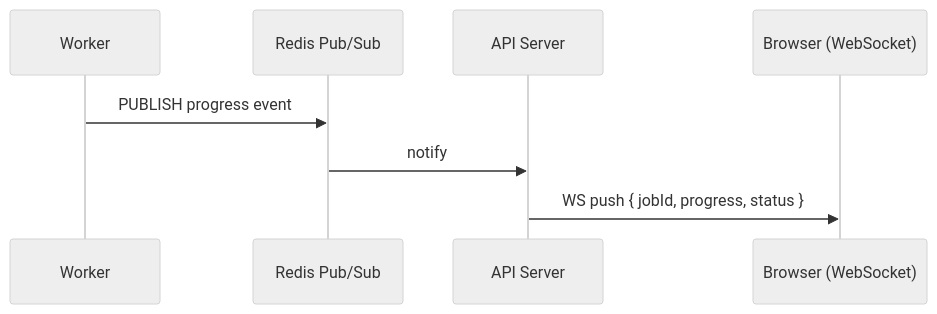
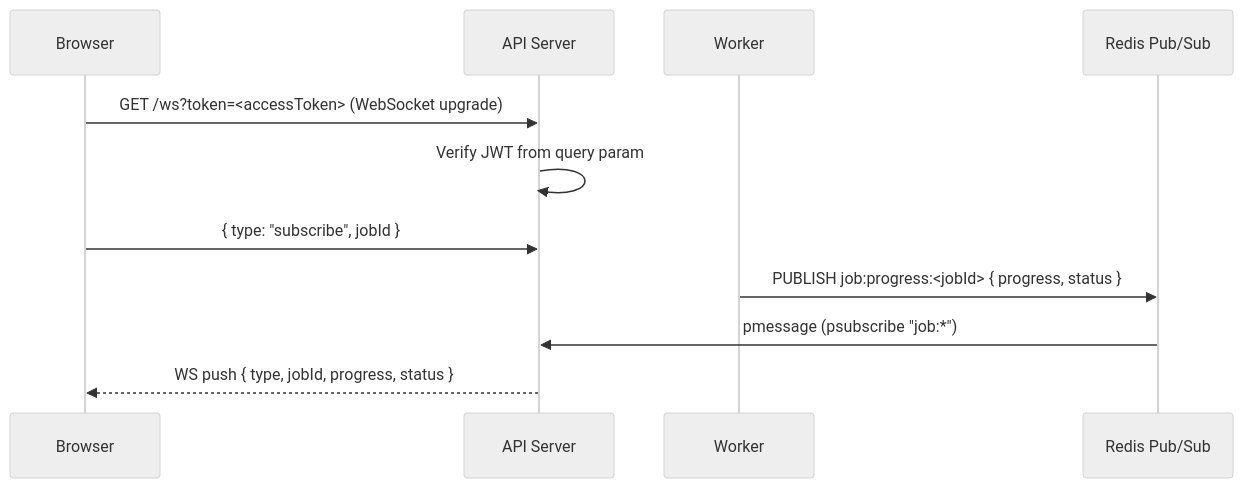
The seventh of 10 diagrams in docs/architecture.md (vietlvq2609/file-processing-platform), drawn with Mermaid (neutral theme) before and after one commit. The commit also changed other lines of this file and 2 other files, not shown here.

Commit message:
feat: update job status terminology and enhance documentation for presigned uploads

````diff
--- a/docs/architecture.md
+++ b/docs/architecture.md
@@ -177,11 +206,14 @@
 ```mermaid
 sequenceDiagram
+    participant Browser
+    participant API as API Server
     participant W as Worker
     participant Q as Redis Pub/Sub
-    participant API as API Server
-    participant Browser as Browser (WebSocket)
 
-    W->>Q: PUBLISH progress event
-    Q->>API: notify
-    API->>Browser: WS push { jobId, progress, status }
+    Browser->>API: GET /ws?token=<accessToken> (WebSocket upgrade)
+    API->>API: Verify JWT from query param
+    Browser->>API: { type: "subscribe", jobId }
+    W->>Q: PUBLISH job:progress:<jobId> { progress, status }
+    Q->>API: pmessage (psubscribe "job:*")
+    API-->>Browser: WS push { type, jobId, progress, status }
 ```
````
